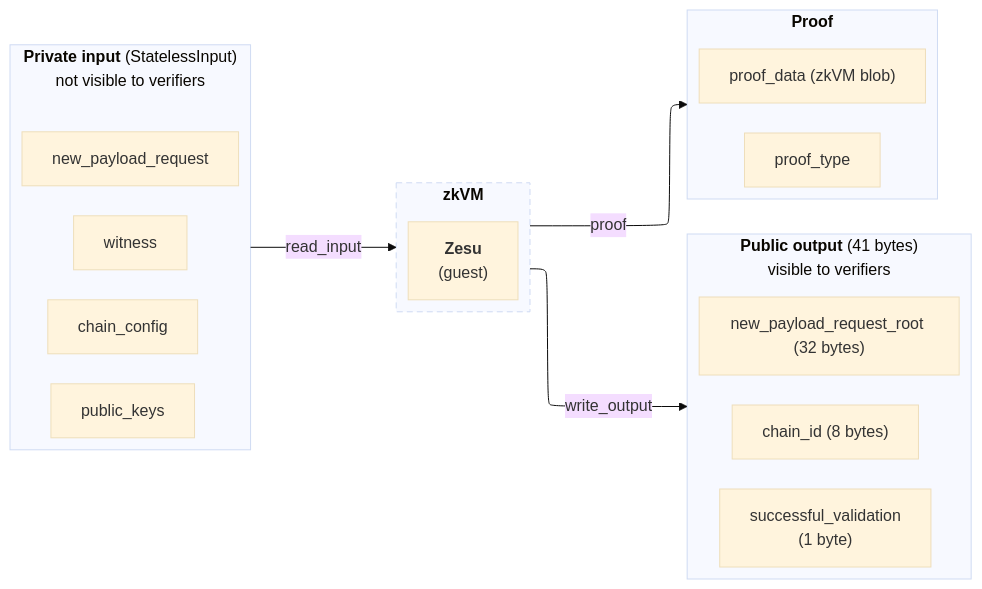
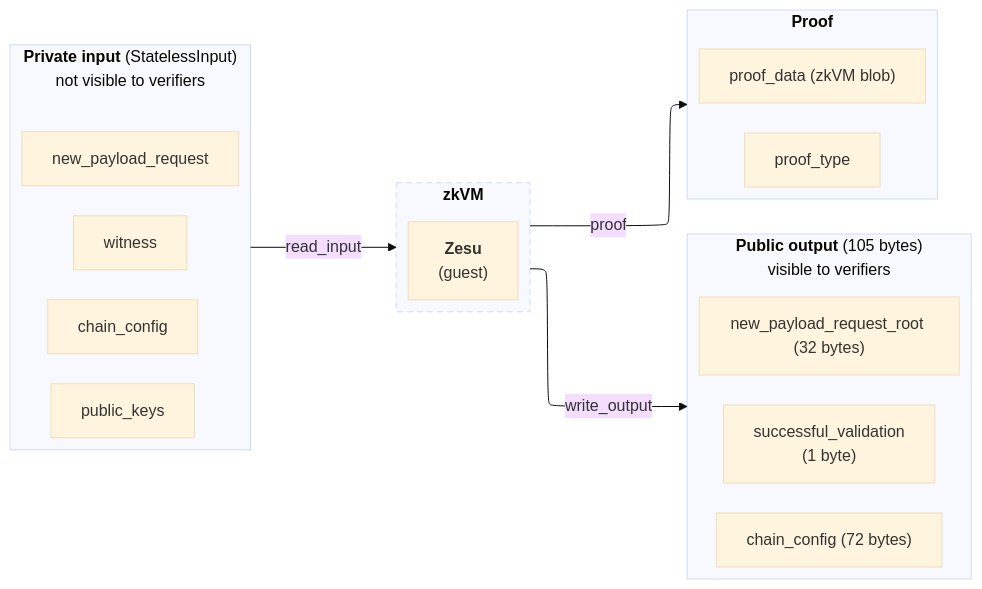
Before and after one commit to Consensys/doc.zesu: the diagram in docs/concepts/inputs-and-outputs.mdx, drawn with Mermaid (base theme). The commit also changed other lines of this file and 5 other files, not shown here.

````diff
--- a/docs/concepts/inputs-and-outputs.mdx
+++ b/docs/concepts/inputs-and-outputs.mdx
@@ -30,39 +32,39 @@
 ```mermaid
 ---
 config:
   layout: elk
   elk:
     nodePlacementStrategy: LINEAR_SEGMENTS
 ---
 flowchart LR
     subgraph input["`**Private input** (StatelessInput)<br/>not visible to verifiers`"]
         direction TB
         F1[new_payload_request]
         F2[witness]
         F3[chain_config]
         F4[public_keys]
     end
     subgraph zkvm["`**zkVM**`"]
         Z["`**Zesu**<br/>(guest)`"]
     end
-    subgraph pubout["`**Public output** (41 bytes)<br/>visible to verifiers`"]
+    subgraph pubout["`**Public output** (105 bytes)<br/>visible to verifiers`"]
         direction TB
         O1["new_payload_request_root (32 bytes)"]
-        O2["chain_id (8 bytes)"]
-        O3["successful_validation<br/>(1 byte)"]
+        O2["successful_validation<br/>(1 byte)"]
+        O3["chain_config (72 bytes)"]
     end
     subgraph proof["`**Proof**`"]
         direction TB
         P1["proof_data (zkVM blob)"]
         P2[proof_type]
     end
     F1 ~~~ F2 ~~~ F3 ~~~ F4
     O1 ~~~ O2 ~~~ O3
     P1 ~~~ P2
     input -->|read_input| zkvm
     zkvm -->|write_output| pubout
     zkvm -->|proof| proof
     class pubout,proof blueBox
     class input grayBox
     style zkvm stroke-dasharray:6 4
 ```
````
